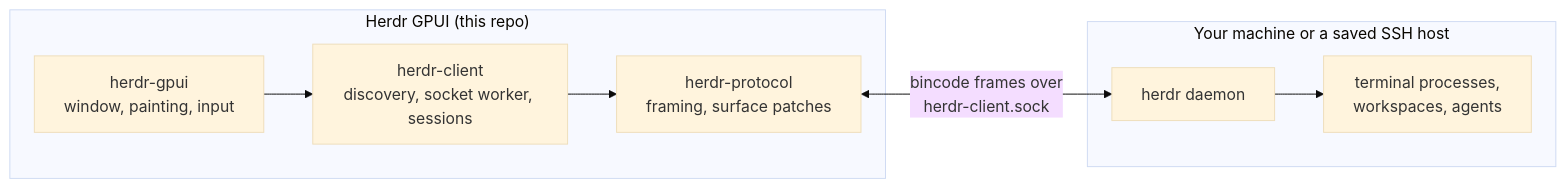
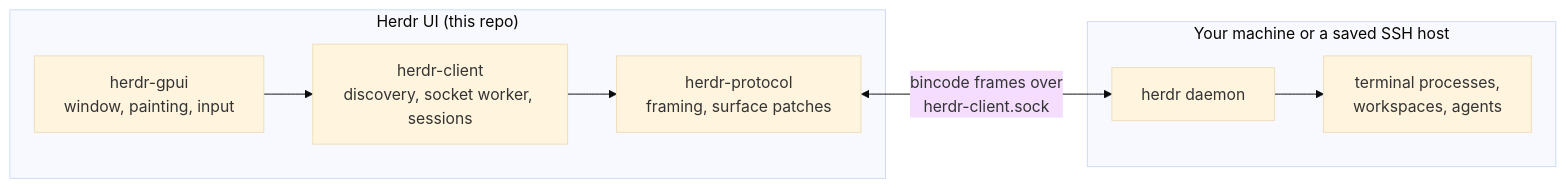
Before and after one commit to polpo666/herdr-gpui: the diagram in README.md, drawn with Mermaid (base theme). The commit also changed other lines of this file and 60 other files, not shown here.

````diff
--- a/README.md
+++ b/README.md
@@ -270,16 +270,16 @@
 ```mermaid
 flowchart LR
-    subgraph app["Herdr GPUI (this repo)"]
+    subgraph app["Herdr UI (this repo)"]
         ui["herdr-gpui<br/>window, painting, input"]
         client["herdr-client<br/>discovery, socket worker, sessions"]
         proto["herdr-protocol<br/>framing, surface patches"]
         ui --> client --> proto
     end
 
     proto <-->|"bincode frames over<br/>herdr-client.sock"| daemon
 
     subgraph host["Your machine or a saved SSH host"]
         daemon["herdr daemon"]
         daemon --> terms["terminal processes,<br/>workspaces, agents"]
     end
 ```
````
